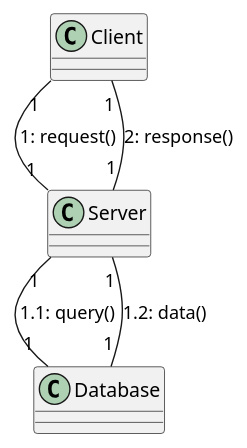
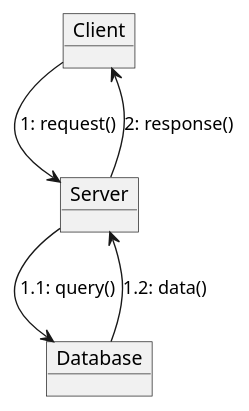
One commit to kieranpotts/cheats changed the diagram in src/modeling/uml/communication-diagrams.adoc. Above: the diagram before and after it, drawn with PlantUML. The commit also changed other lines of this file and 13 other files, not shown here.

```diff
--- a/src/modeling/uml/communication-diagrams.adoc
+++ b/src/modeling/uml/communication-diagrams.adoc
@@ -65,7 +68,11 @@
 [plantuml]
 ....
-Client "1" -- "1" Server : 1: request()
-Server "1" -- "1" Database : 1.1: query()
-Database "1" -- "1" Server : 1.2: data()
-Server "1" -- "1" Client : 2: response()
+object Client
+object Server
+object Database
+
+Client --> Server : 1: request()
+Server --> Database : 1.1: query()
+Database --> Server : 1.2: data()
+Server --> Client : 2: response()
 ....
```
